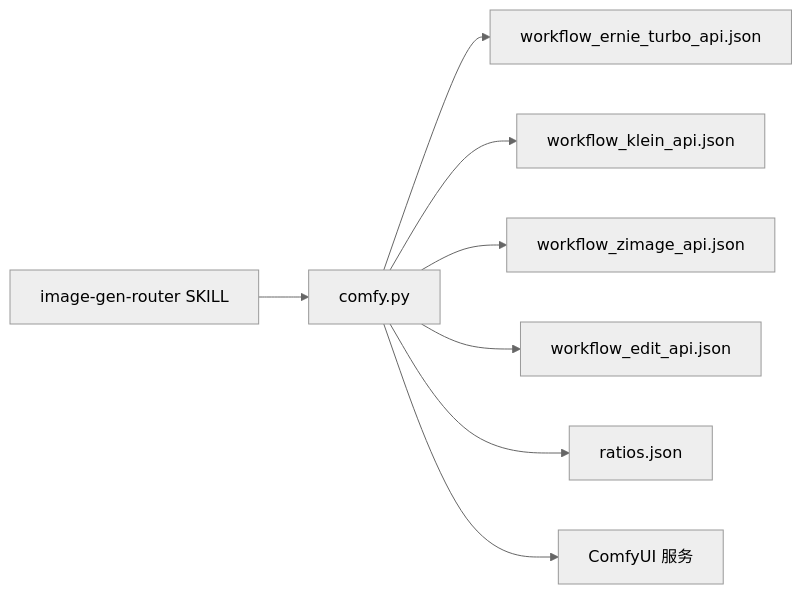
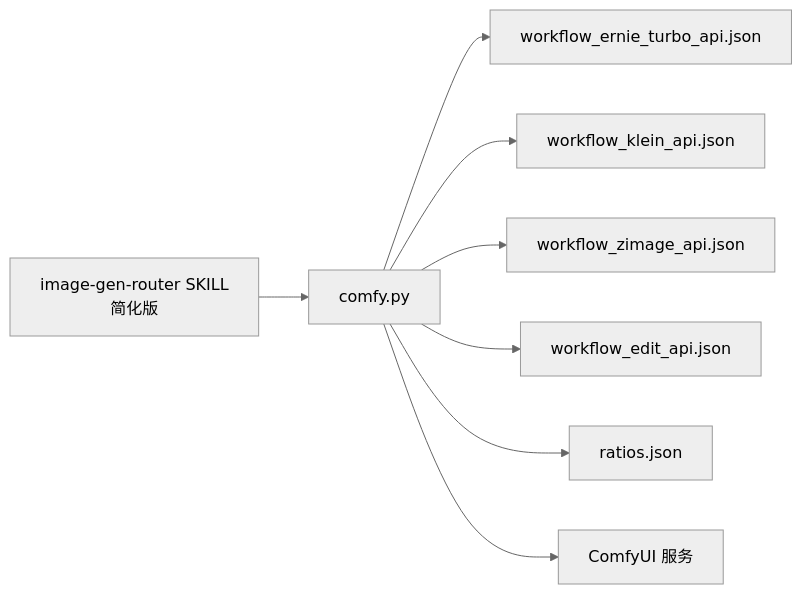
The fourth of 4 diagrams in .qoder/repowiki/zh/content/技能系统/图像处理技能/图像生成路由器.md (swond-Mao/Tiffa), drawn with Mermaid (neutral theme) before and after one commit. The commit also changed other lines of this file and 73 other files, not shown here.

First line of the commit message:
feat: Tiffa 品牌图标 + Computer Use v2 + WebP 静默崩修复

````diff
--- a/.qoder/repowiki/zh/content/技能系统/图像处理技能/图像生成路由器.md
+++ b/.qoder/repowiki/zh/content/技能系统/图像处理技能/图像生成路由器.md
@@ -208,10 +218,10 @@
 ```mermaid
 graph LR
-Router["image-gen-router SKILL"] --> CLI["comfy.py"]
+Router["image-gen-router SKILL<br/>简化版"] --> CLI["comfy.py"]
 CLI --> WF_Ern["workflow_ernie_turbo_api.json"]
 CLI --> WF_Klein["workflow_klein_api.json"]
 CLI --> WF_Zimg["workflow_zimage_api.json"]
 CLI --> WF_Edit["workflow_edit_api.json"]
 CLI --> Ratios["ratios.json"]
 CLI --> Comfy["ComfyUI 服务"]
 ```
````
